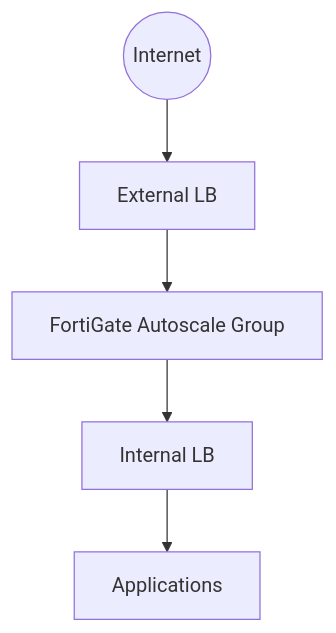
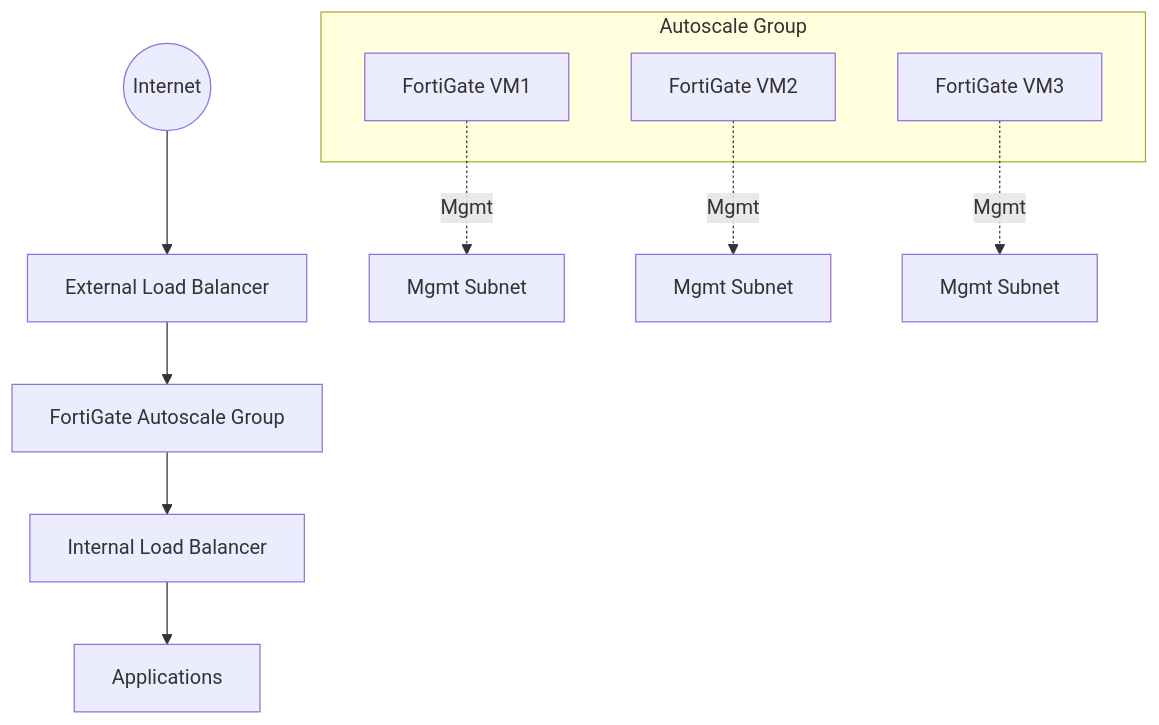
Before and after one commit to vaibhavCodian/Gcp-NVA-Playground: the third of 6 diagrams in Firewalls/fortinet/README.md, drawn with Mermaid. The commit also changed other lines of this file, not shown here.

````diff
--- a/Firewalls/fortinet/README.md
+++ b/Firewalls/fortinet/README.md
@@ -61,7 +75,15 @@
 ```mermaid
 flowchart TD
-    Internet((Internet)) --> ELB[External LB]
+    Internet((Internet)) --> ELB[External Load Balancer]
     ELB --> FG[FortiGate Autoscale Group]
-    FG --> ILB[Internal LB]
+    subgraph Autoscale Group
+        FG1[FortiGate VM1]
+        FG2[FortiGate VM2]
+        FG3[FortiGate VM3]
+    end
+    FG --> ILB[Internal Load Balancer]
     ILB --> Apps[Applications]
+    FG1 -. Mgmt .-> Mgmt1[Mgmt Subnet]
+    FG2 -. Mgmt .-> Mgmt2[Mgmt Subnet]
+    FG3 -. Mgmt .-> Mgmt3[Mgmt Subnet]
 ```
````
